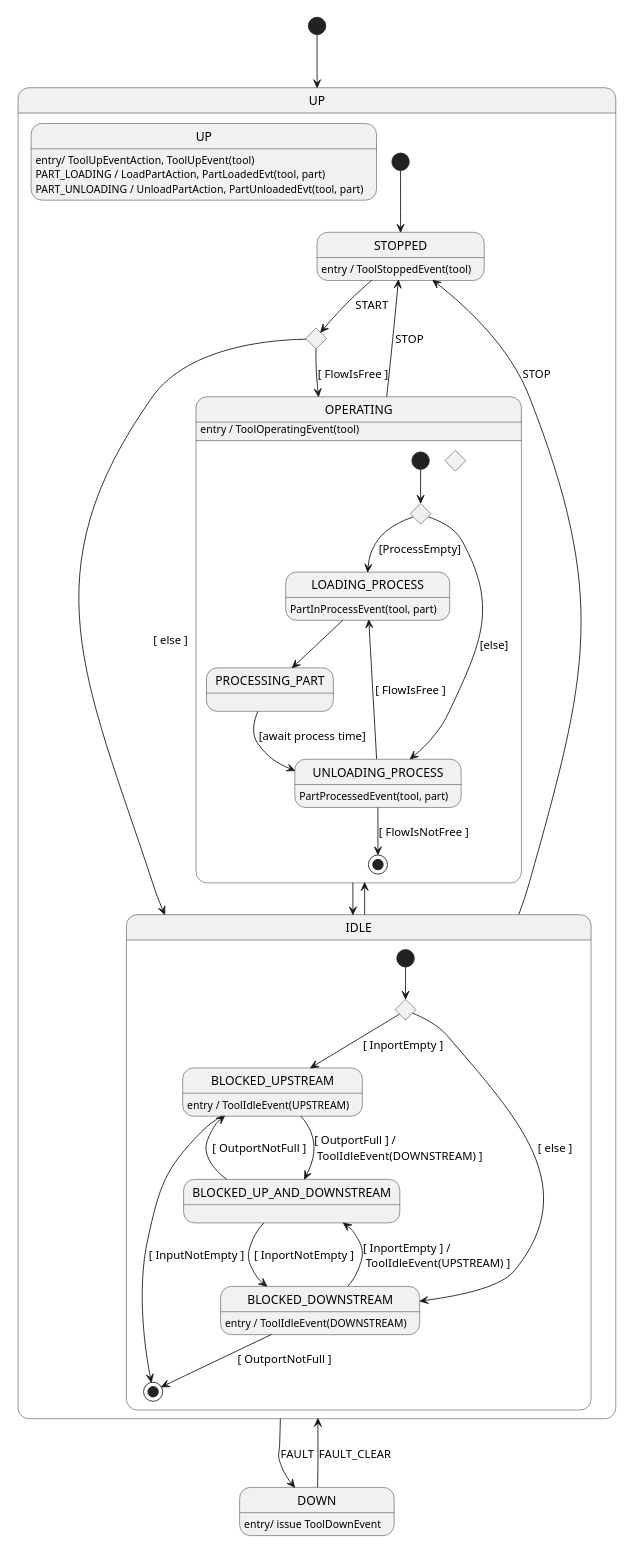
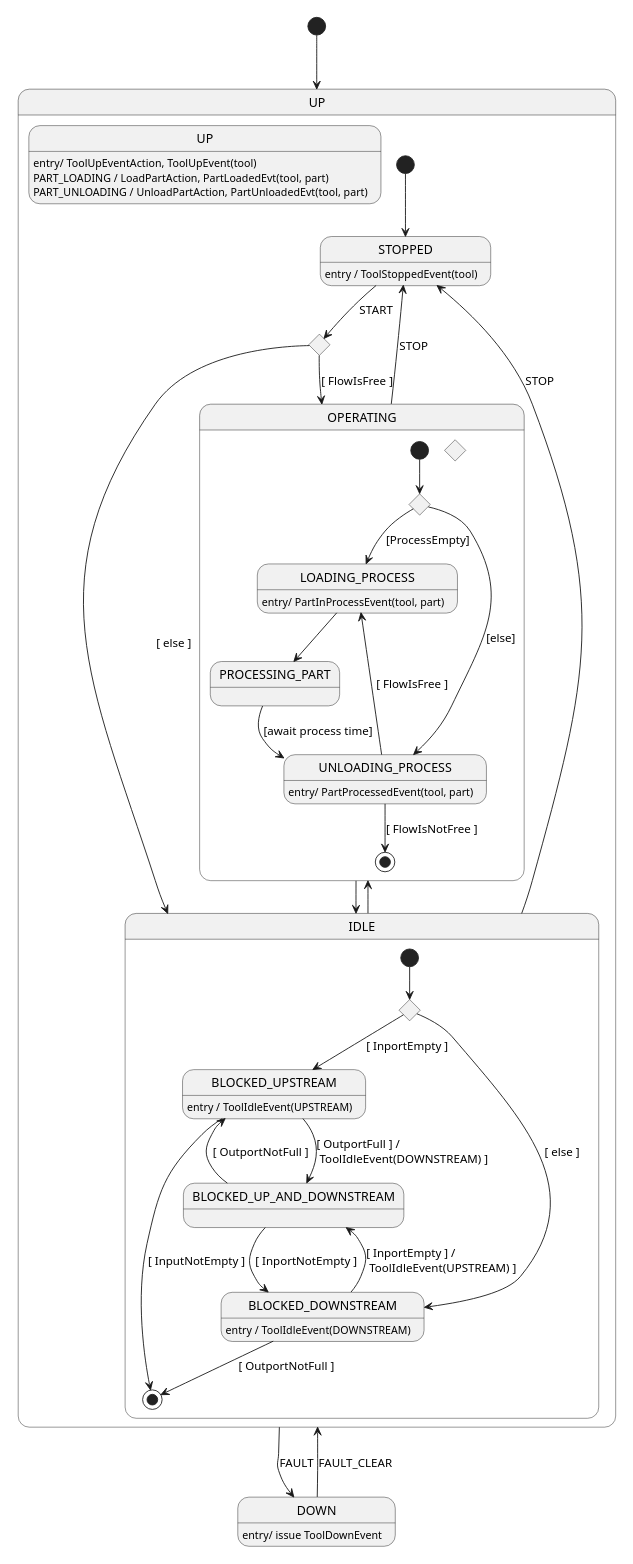
One commit to onouv/mes-tool-mock-srv changed the diagram in doc/domain/tool.state.puml. Above: the diagram before and after it, drawn with PlantUML. The commit also changed 1 other file, not shown here.

Commit message:
amend plant uml

```diff
--- a/doc/domain/tool.state.puml
+++ b/doc/domain/tool.state.puml
@@ -1,68 +1,67 @@
 @startuml
 'https://plantuml.com/state-diagram
 skinparam defaultTextAlignment left
 scale 350 width
 
 [*] --> UP
 state DOWN : entry/ issue ToolDownEvent
 
 state UP {
     state UP: entry/ ToolUpEventAction, ToolUpEvent(tool)
     state UP: PART_LOADING / LoadPartAction, PartLoadedEvt(tool, part)
     state UP: PART_UNLOADING / UnloadPartAction, PartUnloadedEvt(tool, part)
 
     state STOPPED
     STOPPED: entry / ToolStoppedEvent(tool)
 
     state UP_CHOICE <<choice>>
     [*] --> STOPPED
     STOPPED --> UP_CHOICE: START
     UP_CHOICE --> OPERATING: [ FlowIsFree ]
     UP_CHOICE --> IDLE: [ else ]
 
     OPERATING --> STOPPED: STOP
     OPERATING --> IDLE
 
     state IDLE {
 
         state BLOCKED_UPSTREAM: entry / ToolIdleEvent(UPSTREAM)
         state BLOCKED_DOWNSTREAM: entry / ToolIdleEvent(DOWNSTREAM)
         state IDLE_CHOICE <<choice>>
 
         [*] --> IDLE_CHOICE
         IDLE_CHOICE --> BLOCKED_UPSTREAM: [ InportEmpty ]
         IDLE_CHOICE --> BLOCKED_DOWNSTREAM: [ else ]
         BLOCKED_DOWNSTREAM --> BLOCKED_UP_AND_DOWNSTREAM: [ InportEmpty ] /\n ToolIdleEvent(UPSTREAM) ]
         BLOCKED_UPSTREAM --> BLOCKED_UP_AND_DOWNSTREAM: [ OutportFull ] /\n ToolIdleEvent(DOWNSTREAM) ]
         BLOCKED_UP_AND_DOWNSTREAM --> BLOCKED_UPSTREAM: [ OutportNotFull ]
         BLOCKED_UP_AND_DOWNSTREAM --> BLOCKED_DOWNSTREAM: [ InportNotEmpty ]
         BLOCKED_DOWNSTREAM --> [*]: [ OutportNotFull ]
         BLOCKED_UPSTREAM --> [*]: [ InputNotEmpty ]
      }
 
     state OPERATING {
-        OPERATING: entry / ToolOperatingEvent(tool)
-            state LOADING_PROCESS: PartInProcessEvent(tool, part)
-            state UNLOADING_PROCESS: PartProcessedEvent(tool, part)
-            state CHOICE_PROCESS_EMPTY <<choice>>
-            state CHOICE_UNLOADING <<choice>>
-            state PROCESSING_PART
+        state LOADING_PROCESS: entry/ PartInProcessEvent(tool, part)
+        state UNLOADING_PROCESS: entry/ PartProcessedEvent(tool, part)
+        state CHOICE_PROCESS_EMPTY <<choice>>
+        state CHOICE_UNLOADING <<choice>>
+        state PROCESSING_PART
 
-            [*] --> CHOICE_PROCESS_EMPTY
-            CHOICE_PROCESS_EMPTY --> LOADING_PROCESS: [ProcessEmpty]
-            CHOICE_PROCESS_EMPTY --> UNLOADING_PROCESS: [else]
-            LOADING_PROCESS --> PROCESSING_PART
+        [*] --> CHOICE_PROCESS_EMPTY
+        CHOICE_PROCESS_EMPTY --> LOADING_PROCESS: [ProcessEmpty]
+        CHOICE_PROCESS_EMPTY --> UNLOADING_PROCESS: [else]
+        LOADING_PROCESS --> PROCESSING_PART
 
-            PROCESSING_PART --> UNLOADING_PROCESS: [await process time]
-            UNLOADING_PROCESS --> LOADING_PROCESS: [ FlowIsFree ]
-            UNLOADING_PROCESS --> [*] : [ FlowIsNotFree ]
+        PROCESSING_PART --> UNLOADING_PROCESS: [await process time]
+        UNLOADING_PROCESS --> LOADING_PROCESS: [ FlowIsFree ]
+        UNLOADING_PROCESS --> [*] : [ FlowIsNotFree ]
     }
 
     IDLE --> OPERATING
     IDLE --> STOPPED: STOP
 
 }
 
 UP --> DOWN: FAULT
 DOWN --> UP: FAULT_CLEAR
 @enduml
```
